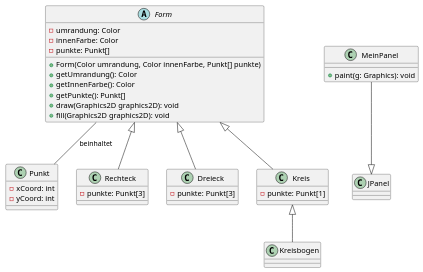
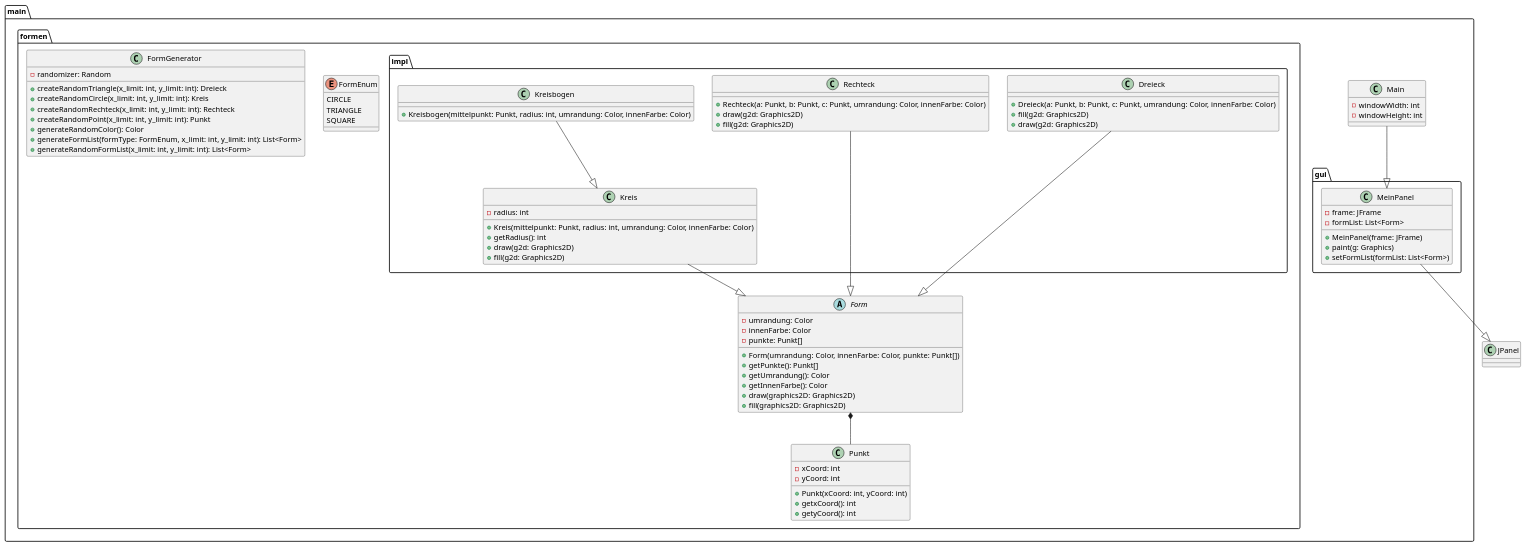
One commit to HitoHitoNika/quartz_v4_impl changed the diagram in content/Berufsschule/Lernfeld 8/03. Aufgabe UML.md. Above: the diagram before and after it, drawn with PlantUML. The commit also changed other lines of this file and 14 other files, not shown here.

````diff
--- a/content/Berufsschule/Lernfeld 8/03. Aufgabe UML.md
+++ b/content/Berufsschule/Lernfeld 8/03. Aufgabe UML.md
@@ -169,51 +179,95 @@
 ```plantuml
 @startuml
-
-class Punkt { 
-  - xCoord: int
-  - yCoord: int 
-} 
-
-abstract class Form { 
-  - umrandung: Color 
-  - innenFarbe: Color 
-  - punkte: Punkt[]
-
-  + Form(Color umrandung, Color innenFarbe, Punkt[] punkte)
-  + getUmrandung(): Color
-  + getInnenFarbe(): Color
-  + getPunkte(): Punkt[]
-  + draw(Graphics2D graphics2D): void
-  + fill(Graphics2D graphics2D): void
-} 
-
-class Rechteck {
--punkte: Punkt[3]
+package main.gui {
+  class MeinPanel {
+     - frame: JFrame
+    - formList: List<Form>
+    + MeinPanel(frame: JFrame)
+    + paint(g: Graphics)
+    + setFormList(formList: List<Form>)
+  }
 }
 
-class Dreieck {
--punkte: Punkt[3]
+package main{
+ class Main {
+    - windowWidth: int
+    - windowHeight: int
+  }
 }
 
-class Kreis{
--punkte: Punkt[1]
+package main.formen {
+  class Punkt {
+    - xCoord: int
+    - yCoord: int
+    + Punkt(xCoord: int, yCoord: int)
+    + getxCoord(): int
+    + getyCoord(): int
+  }
+
+  enum FormEnum {
+    CIRCLE
+    TRIANGLE
+    SQUARE
+  }
+
+  abstract class Form {
+    - umrandung: Color
+    - innenFarbe: Color
+    - punkte: Punkt[]
+    + Form(umrandung: Color, innenFarbe: Color, punkte: Punkt[])
+    + getPunkte(): Punkt[]
+    + getUmrandung(): Color
+    + getInnenFarbe(): Color
+    + draw(graphics2D: Graphics2D)
+    + fill(graphics2D: Graphics2D)
+  }
+
+  class FormGenerator {
+    - randomizer: Random
+    + createRandomTriangle(x_limit: int, y_limit: int): Dreieck
+    + createRandomCircle(x_limit: int, y_limit: int): Kreis
+    + createRandomRechteck(x_limit: int, y_limit: int): Rechteck
+    + createRandomPoint(x_limit: int, y_limit: int): Punkt
+    + generateRandomColor(): Color
+    + generateFormList(formType: FormEnum, x_limit: int, y_limit: int): List<Form>
+    + generateRandomFormList(x_limit: int, y_limit: int): List<Form>
+  }
 }
 
-class Kreisbogen {
+package main.formen.impl {
+  class Rechteck {
+    + Rechteck(a: Punkt, b: Punkt, c: Punkt, umrandung: Color, innenFarbe: Color)
+    + draw(g2d: Graphics2D)
+    + fill(g2d: Graphics2D)
+  }
+
+  class Kreisbogen {
+    + Kreisbogen(mittelpunkt: Punkt, radius: int, umrandung: Color, innenFarbe: Color)
+  }
+
+  class Kreis {
+    - radius: int
+    + Kreis(mittelpunkt: Punkt, radius: int, umrandung: Color, innenFarbe: Color)
+    + getRadius(): int
+    + draw(g2d: Graphics2D)
+    + fill(g2d: Graphics2D)
+  }
+
+  class Dreieck {
+    + Dreieck(a: Punkt, b: Punkt, c: Punkt, umrandung: Color, innenFarbe: Color)
+    + fill(g2d: Graphics2D)
+    + draw(g2d: Graphics2D)
+  }
 }
 
-class MeinPanel {
-  + paint(g: Graphics): void
-}
 
-Form <|-- Rechteck 
-Form <|-- Dreieck 
-Form <|-- Kreis 
-Kreis <|-- Kreisbogen
+Main --|> MeinPanel
 MeinPanel --|> JPanel
 
-Form -- Punkt: beinhaltet
-
+Form *-- Punkt
+Rechteck --|> Form
+Kreis --|> Form
+Dreieck --|> Form
+Kreisbogen --|> Kreis
 @enduml
-
 ```
````
